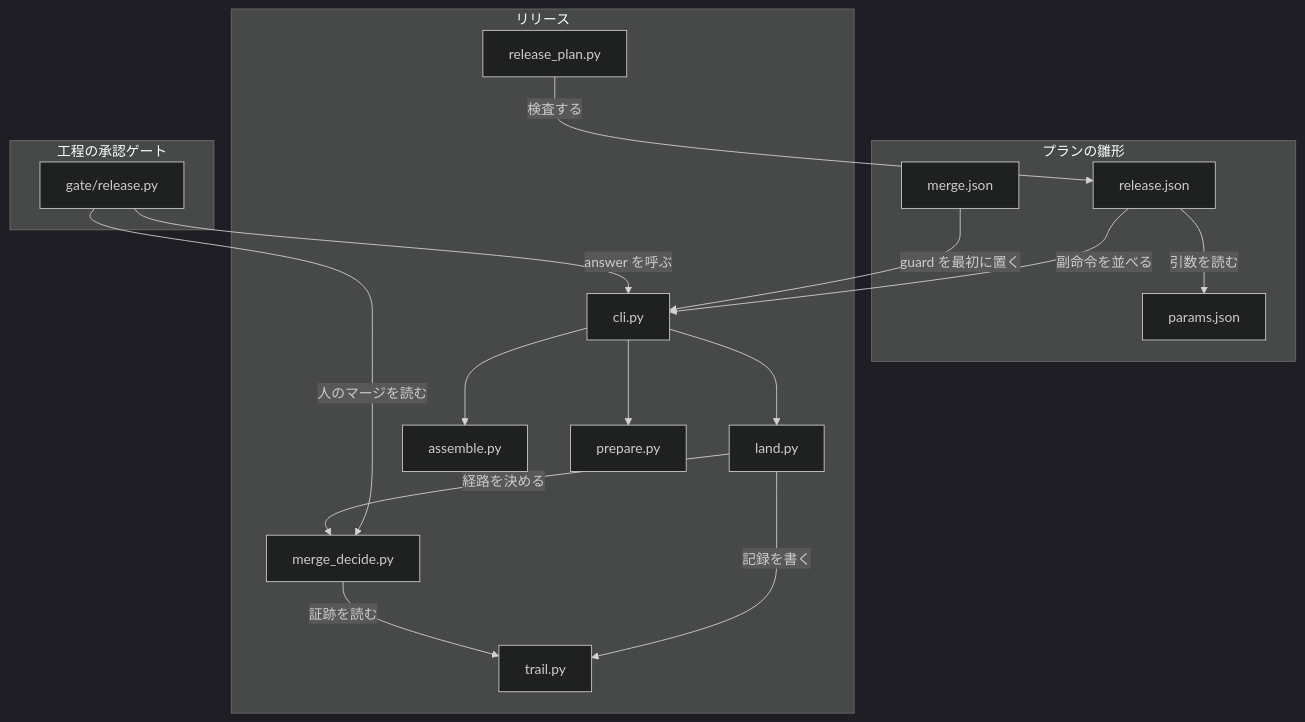
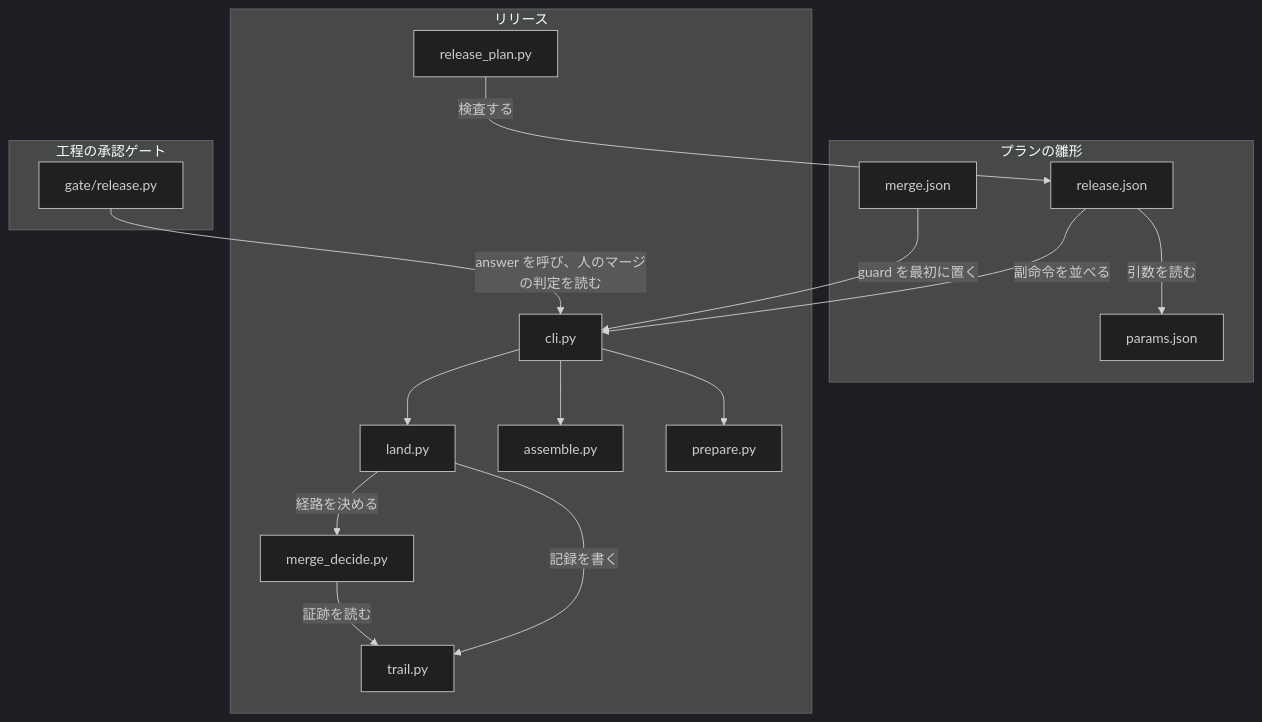
Before and after one commit to devbasex/ai-plugins: the first of 4 diagrams in issues/issue-3572-design.md, drawn with Mermaid (dark theme). The commit also changed other lines of this file and 1 other file, not shown here.

````diff
--- a/issues/issue-3572-design.md
+++ b/issues/issue-3572-design.md
@@ -167,32 +167,31 @@
 ```mermaid
 graph TD
     subgraph tpl[プランの雛形]
         R[release.json]
         P[params.json]
         MJ[merge.json]
     end
     subgraph gate[工程の承認ゲート]
         G[gate/release.py]
     end
     subgraph rel[リリース]
         C[cli.py]
         L[land.py]
         T[trail.py]
         M[merge_decide.py]
         A[assemble.py]
         N[prepare.py]
         Q[release_plan.py]
     end
     R -->|引数を読む| P
     R -->|副命令を並べる| C
     MJ -->|guard を最初に置く| C
     Q -->|検査する| R
-    G -->|人のマージを読む| M
-    G -->|answer を呼ぶ| C
+    G -->|answer を呼び、人のマージの判定を読む| C
     C --> L
     C --> A
     C --> N
     L -->|記録を書く| T
     L -->|経路を決める| M
     M -->|証跡を読む| T
 ```
````
